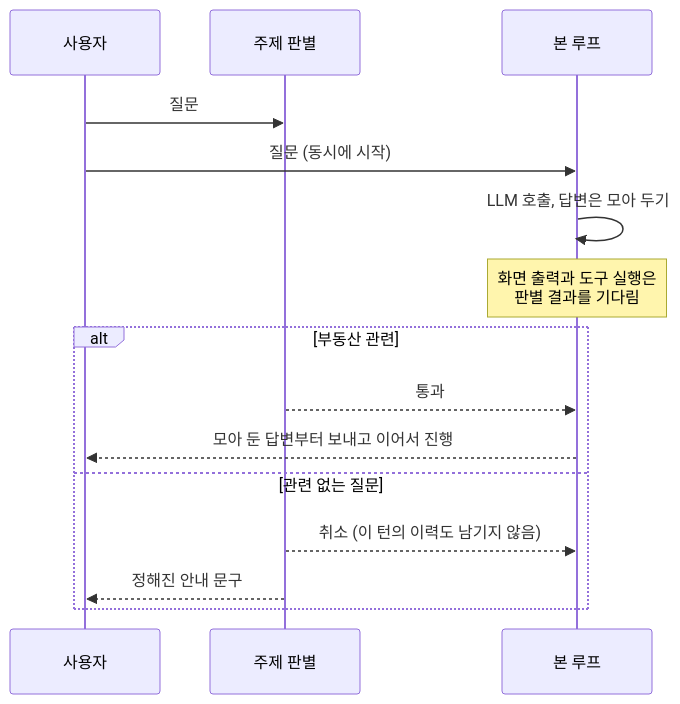
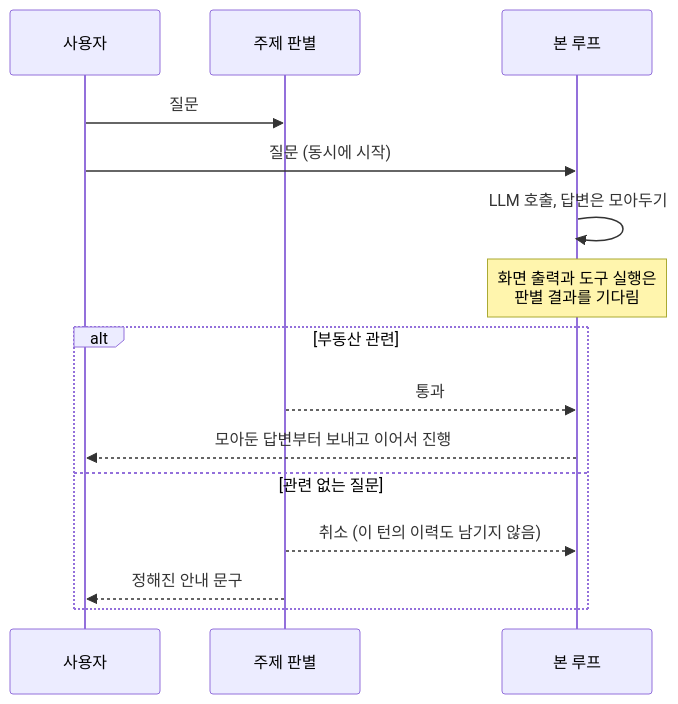
The fifth of 9 diagrams in content/blog/architecture/real-estate-integrated-agent.ko.md (12OneTwo12/12OneTwo12.github.io), drawn with Mermaid before and after one commit. The commit also changed other lines of this file, not shown here.

Commit message:
docs: 부동산 통합 AI 에이전트 글 1차 평가 반영 (보안 문구 정리, 프레이밍, 말투, 사진·다이어그램 추가)

````diff
--- a/content/blog/architecture/real-estate-integrated-agent.ko.md
+++ b/content/blog/architecture/real-estate-integrated-agent.ko.md
@@ -293,17 +264,17 @@
 ```mermaid
 sequenceDiagram
     participant U as 사용자
     participant G as 주제 판별
     participant L as 본 루프
     U->>G: 질문
     U->>L: 질문 (동시에 시작)
-    L->>L: LLM 호출, 답변은 모아 두기
+    L->>L: LLM 호출, 답변은 모아두기
     Note over L: 화면 출력과 도구 실행은<br/>판별 결과를 기다림
     alt 부동산 관련
         G-->>L: 통과
-        L-->>U: 모아 둔 답변부터 보내고 이어서 진행
+        L-->>U: 모아둔 답변부터 보내고 이어서 진행
     else 관련 없는 질문
         G-->>L: 취소 (이 턴의 이력도 남기지 않음)
         G-->>U: 정해진 안내 문구
     end
 ```
````
